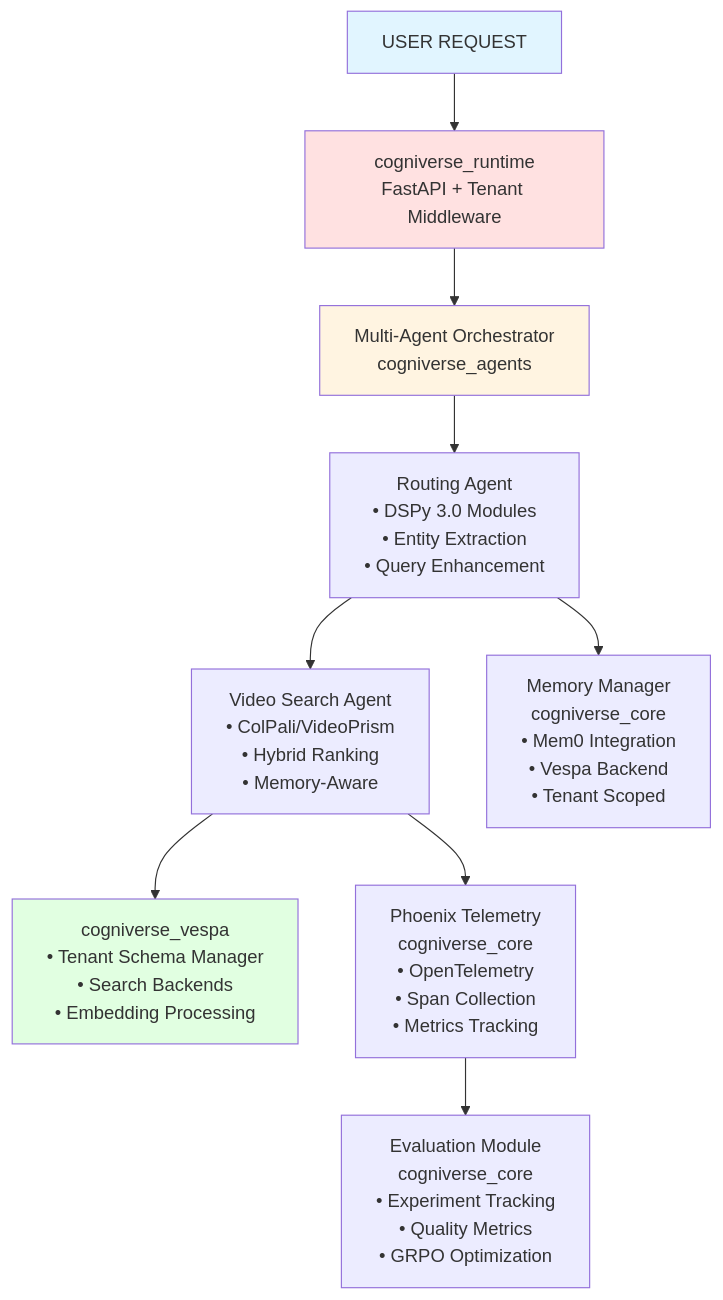
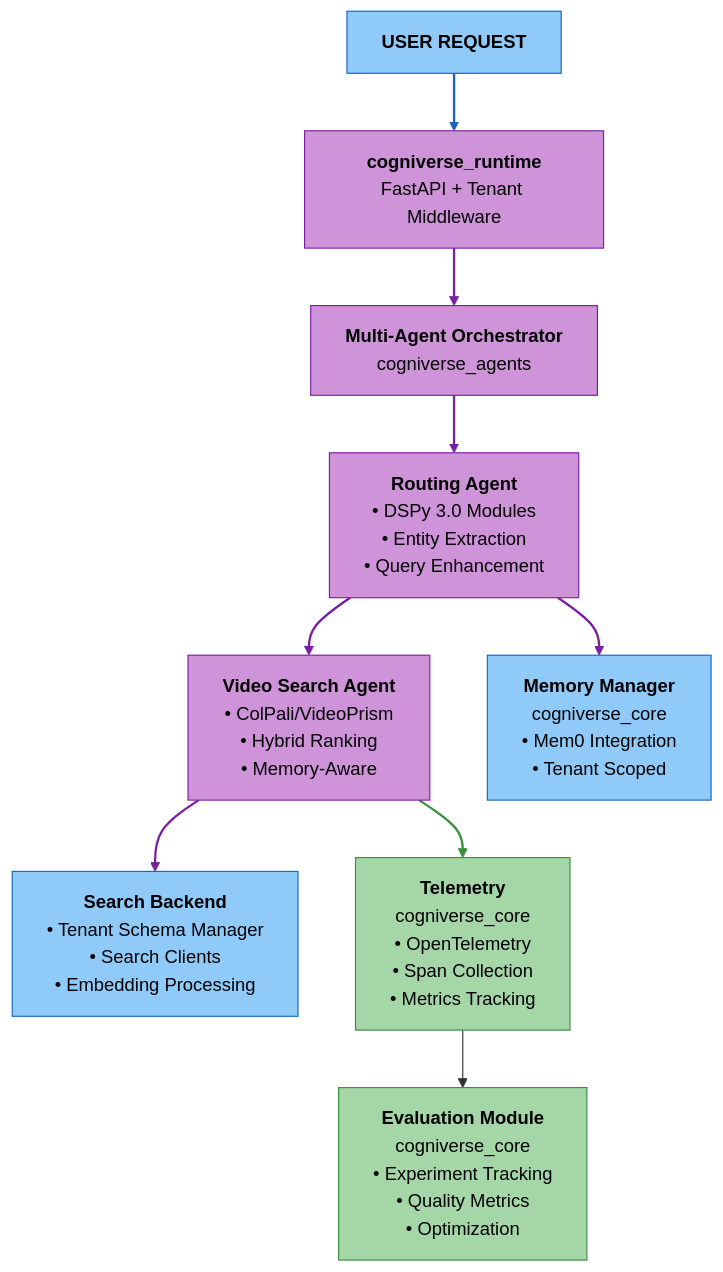
One commit to amit-jain/cogniverse changed the fifth of 6 diagrams in docs/architecture/overview.md. Above: the diagram before and after it, drawn with Mermaid. The commit also changed other lines of this file and 83 other files, not shown here.

First line of the commit message:
Fix documentation veracity, formatting, and diagrams across all modules

````diff
--- a/docs/architecture/overview.md
+++ b/docs/architecture/overview.md
@@ -600,23 +479,32 @@
 ```mermaid
-graph TB
-    User[USER REQUEST] --> Runtime[cogniverse_runtime<br/>FastAPI + Tenant Middleware]
+flowchart TB
+    User["<span style='color:#000'><b>USER REQUEST</b></span>"] --> Runtime["<span style='color:#000'><b>cogniverse_runtime</b><br/>FastAPI + Tenant Middleware</span>"]
 
-    Runtime --> Orchestrator[Multi-Agent Orchestrator<br/>cogniverse_agents]
+    Runtime --> Orchestrator["<span style='color:#000'><b>Multi-Agent Orchestrator</b><br/>cogniverse_agents</span>"]
 
-    Orchestrator --> Routing[Routing Agent<br/>• DSPy 3.0 Modules<br/>• Entity Extraction<br/>• Query Enhancement]
+    Orchestrator --> Routing["<span style='color:#000'><b>Routing Agent</b><br/>• DSPy 3.0 Modules<br/>• Entity Extraction<br/>• Query Enhancement</span>"]
 
-    Routing --> VideoAgent[Video Search Agent<br/>• ColPali/VideoPrism<br/>• Hybrid Ranking<br/>• Memory-Aware]
+    Routing --> VideoAgent["<span style='color:#000'><b>Video Search Agent</b><br/>• ColPali/VideoPrism<br/>• Hybrid Ranking<br/>• Memory-Aware</span>"]
 
-    VideoAgent --> Vespa[cogniverse_vespa<br/>• Tenant Schema Manager<br/>• Search Backends<br/>• Embedding Processing]
+    VideoAgent --> Backend["<span style='color:#000'><b>Search Backend</b><br/>• Tenant Schema Manager<br/>• Search Clients<br/>• Embedding Processing</span>"]
 
-    Routing --> Memory[Memory Manager<br/>cogniverse_core<br/>• Mem0 Integration<br/>• Vespa Backend<br/>• Tenant Scoped]
+    Routing --> Memory["<span style='color:#000'><b>Memory Manager</b><br/>cogniverse_core<br/>• Mem0 Integration<br/>• Tenant Scoped</span>"]
 
-    VideoAgent --> Phoenix[Phoenix Telemetry<br/>cogniverse_core<br/>• OpenTelemetry<br/>• Span Collection<br/>• Metrics Tracking]
+    VideoAgent --> Telemetry["<span style='color:#000'><b>Telemetry</b><br/>cogniverse_core<br/>• OpenTelemetry<br/>• Span Collection<br/>• Metrics Tracking</span>"]
 
-    Phoenix --> Evaluation[Evaluation Module<br/>cogniverse_core<br/>• Experiment Tracking<br/>• Quality Metrics<br/>• GRPO Optimization]
+    Telemetry --> Evaluation["<span style='color:#000'><b>Evaluation Module</b><br/>cogniverse_core<br/>• Experiment Tracking<br/>• Quality Metrics<br/>• Optimization</span>"]
 
-    style User fill:#e1f5ff
-    style Runtime fill:#ffe1e1
-    style Orchestrator fill:#fff4e1
-    style Vespa fill:#e1ffe1
+    style User fill:#90caf9,stroke:#1565c0,color:#000
+    style Runtime fill:#ce93d8,stroke:#7b1fa2,color:#000
+    style Orchestrator fill:#ce93d8,stroke:#7b1fa2,color:#000
+    style Routing fill:#ce93d8,stroke:#7b1fa2,color:#000
+    style VideoAgent fill:#ce93d8,stroke:#7b1fa2,color:#000
+    style Backend fill:#90caf9,stroke:#1565c0,color:#000
+    style Memory fill:#90caf9,stroke:#1565c0,color:#000
+    style Telemetry fill:#a5d6a7,stroke:#388e3c,color:#000
+    style Evaluation fill:#a5d6a7,stroke:#388e3c,color:#000
+
+    linkStyle 0 stroke:#1565c0,stroke-width:2px
+    linkStyle 1,2,3,4,5 stroke:#7b1fa2,stroke-width:2px
+    linkStyle 6 stroke:#388e3c,stroke-width:2px
 ```
````
